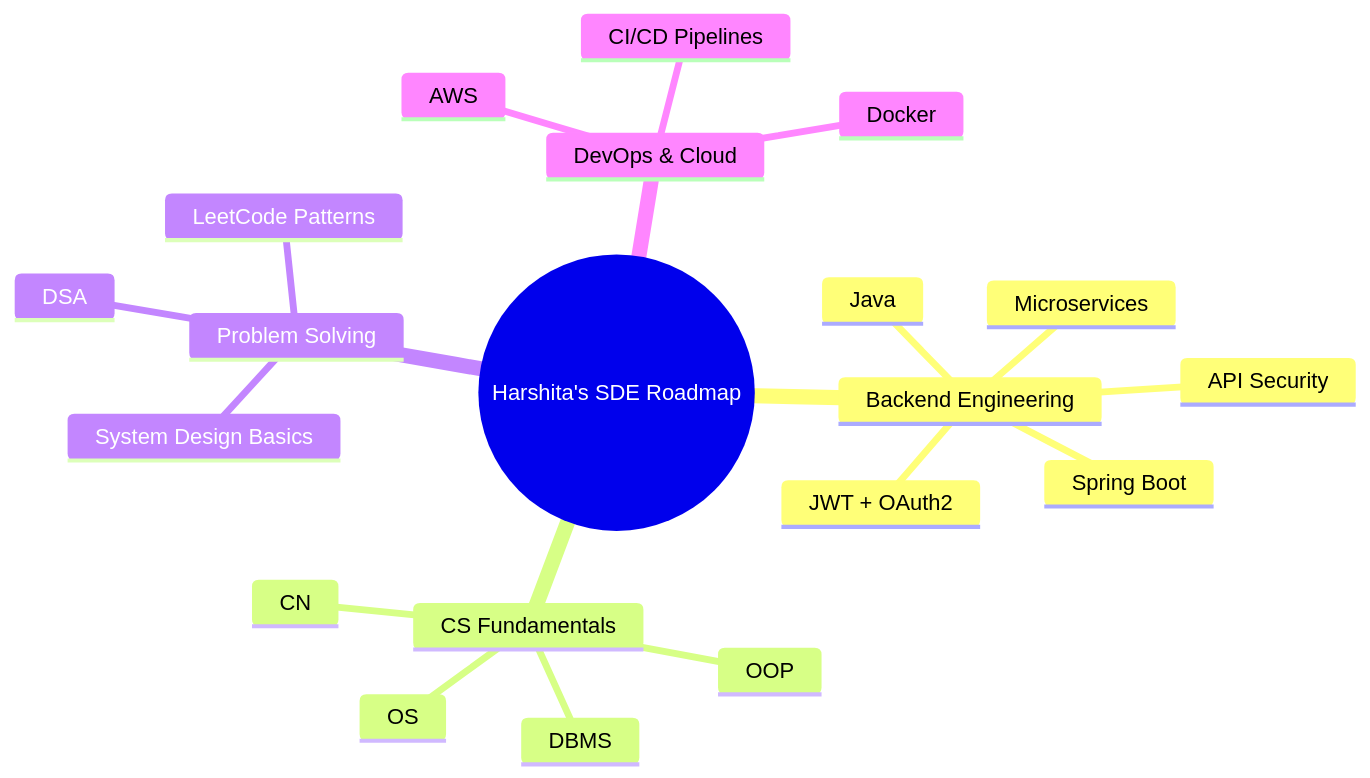
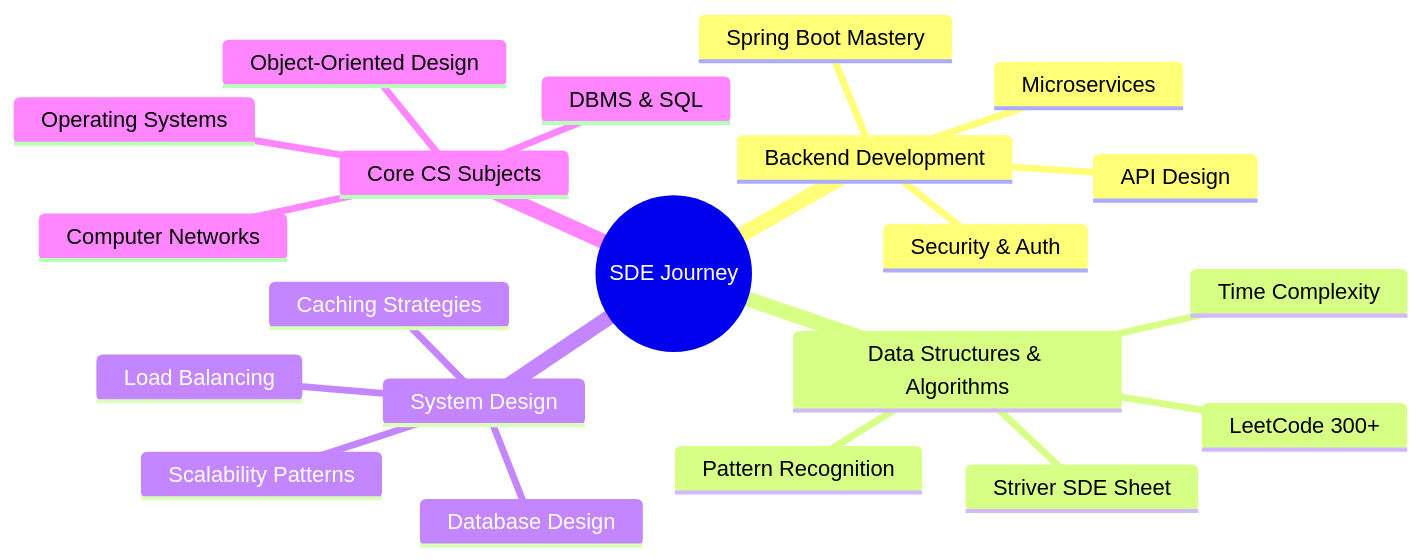
One commit to hershiee/hershiee changed the diagram in README.md. Above: the diagram before and after it, drawn with Mermaid. The commit also changed other lines of this file, not shown here.

````diff
--- a/README.md
+++ b/README.md
@@ -124,23 +175,24 @@
 ```mermaid
 mindmap
-  root((Harshita's SDE Roadmap))
-    Backend Engineering
-      Java
-      Spring Boot
+  root((SDE Journey))
+    Backend Development
+      Spring Boot Mastery
       Microservices
-      API Security
-      JWT + OAuth2
-    CS Fundamentals
-      OS
-      DBMS
-      OOP
-      CN
-    Problem Solving
-      DSA
-      LeetCode Patterns
-      System Design Basics
-    DevOps & Cloud
-      Docker
-      AWS
-      CI/CD Pipelines
+      API Design
+      Security & Auth
+    Data Structures & Algorithms
+      LeetCode 300+
+      Striver SDE Sheet
+      Pattern Recognition
+      Time Complexity
+    System Design
+      Scalability Patterns
+      Database Design
+      Caching Strategies
+      Load Balancing
+    Core CS Subjects
+      Operating Systems
+      DBMS & SQL
+      Computer Networks
+      Object-Oriented Design
 ```
````
